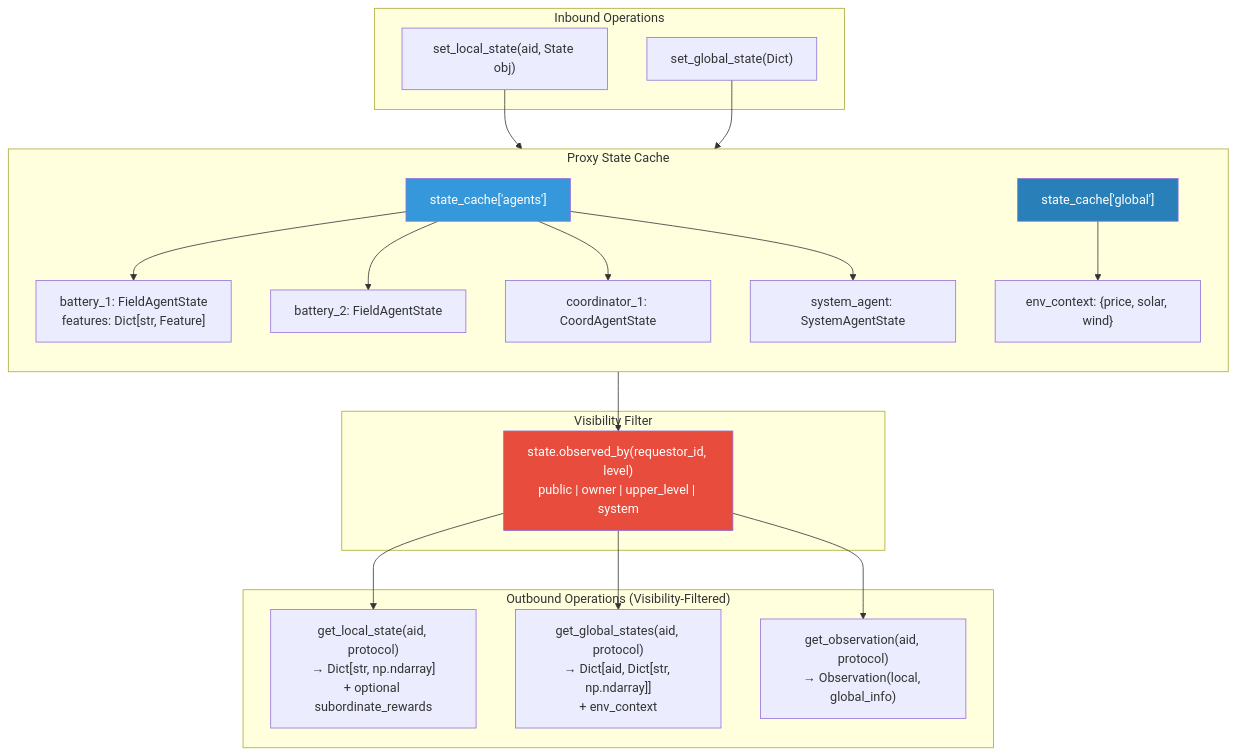
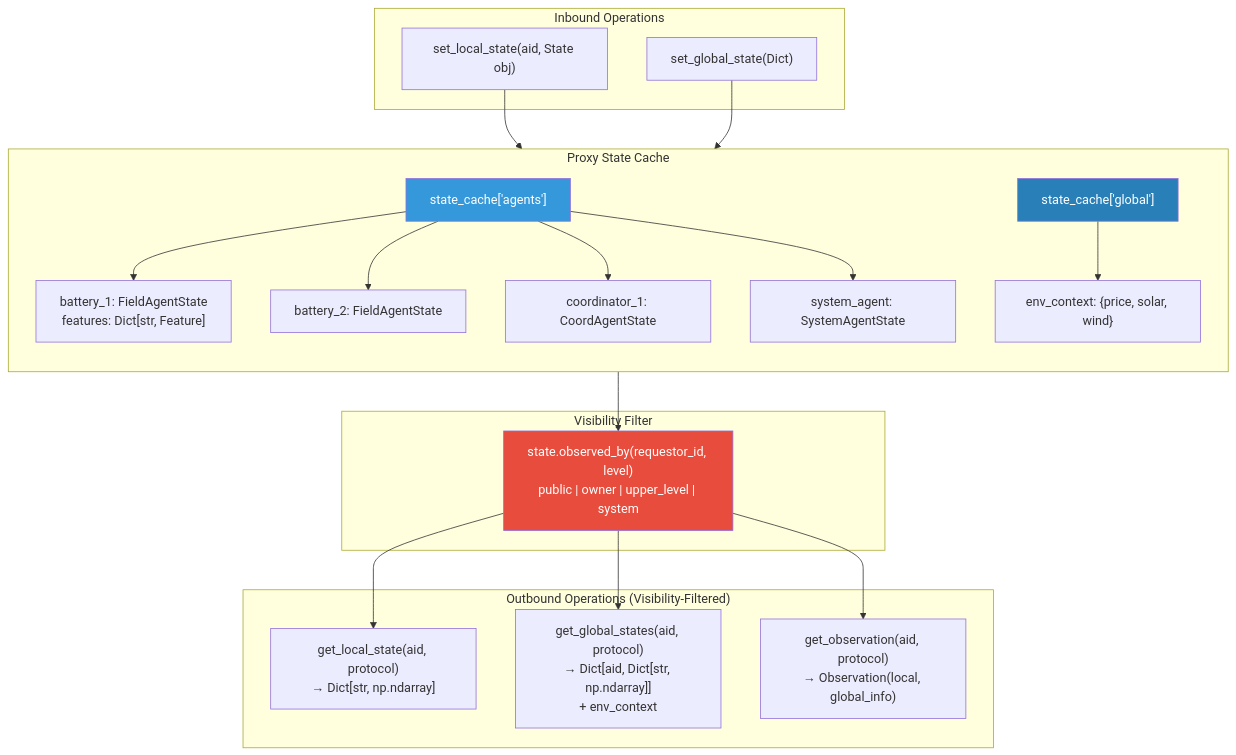
Before and after one commit to Criss-Wang/PowerGym: the fourth of 14 diagrams in docs/design/HERON_FLOW_DIAGRAMS.md, drawn with Mermaid. The commit also changed other lines of this file and 21 other files, not shown here.

Commit message:
Remove reward_delay and subordinate_rewards mechanism

````diff
--- a/docs/design/HERON_FLOW_DIAGRAMS.md
+++ b/docs/design/HERON_FLOW_DIAGRAMS.md
@@ -246,41 +246,41 @@
 ```mermaid
 graph TB
     subgraph "Proxy State Cache"
         direction TB
         SC["state_cache['agents']"]
         GC["state_cache['global']"]
 
         SC --> S1["battery_1: FieldAgentState<br/>features: Dict[str, Feature]"]
         SC --> S2["battery_2: FieldAgentState"]
         SC --> S3["coordinator_1: CoordAgentState"]
         SC --> S4["system_agent: SystemAgentState"]
 
         GC --> ENV["env_context: {price, solar, wind}"]
     end
 
     subgraph "Inbound Operations"
         SET_L["set_local_state(aid, State obj)"]
         SET_G["set_global_state(Dict)"]
     end
 
     subgraph "Outbound Operations (Visibility-Filtered)"
-        GET_L["get_local_state(aid, protocol)<br/>→ Dict[str, np.ndarray]<br/>+ optional subordinate_rewards"]
+        GET_L["get_local_state(aid, protocol)<br/>→ Dict[str, np.ndarray]"]
         GET_G["get_global_states(aid, protocol)<br/>→ Dict[aid, Dict[str, np.ndarray]]<br/>+ env_context"]
         GET_O["get_observation(aid, protocol)<br/>→ Observation(local, global_info)"]
     end
 
     subgraph "Visibility Filter"
         VF["state.observed_by(requestor_id, level)<br/>public | owner | upper_level | system"]
     end
 
     SET_L --> SC
     SET_G --> GC
     SC --> VF
     VF --> GET_L
     VF --> GET_G
     VF --> GET_O
 
     style SC fill:#3498db,color:#fff
     style GC fill:#2980b9,color:#fff
     style VF fill:#e74c3c,color:#fff
 ```
````
